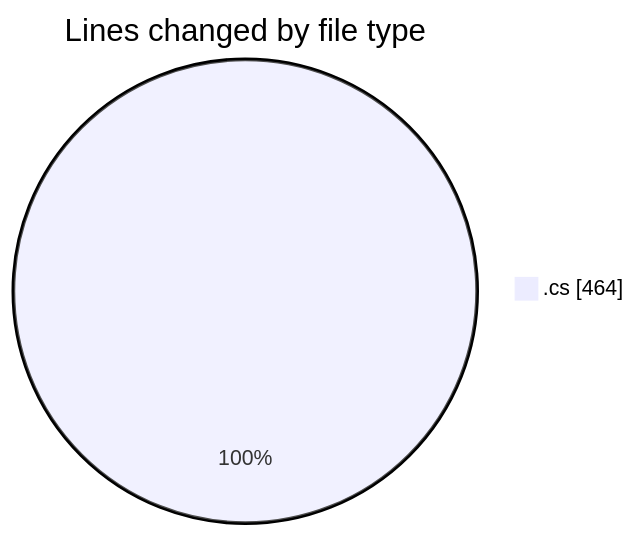
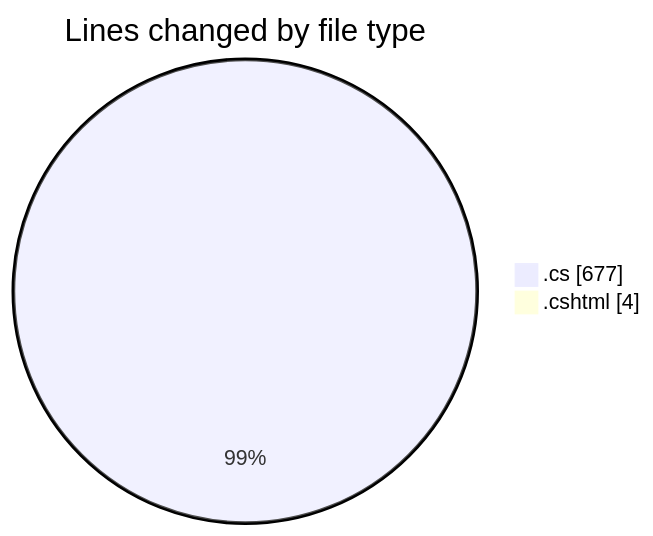
Before and after one commit to lephambinh05/code-tracking: the first of 2 diagrams in 2025-07-15/nhahang/README.md, drawn with Mermaid. The commit also changed other lines of this file and 1 other file, not shown here.

````diff
--- a/2025-07-15/nhahang/README.md
+++ b/2025-07-15/nhahang/README.md
@@ -35,5 +41,6 @@
 ```mermaid
 pie showData
 title Lines changed by file type
-".cs" : 464
+".cs" : 677
+".cshtml" : 4
 ```
````
